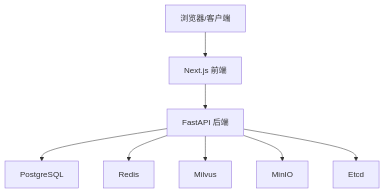
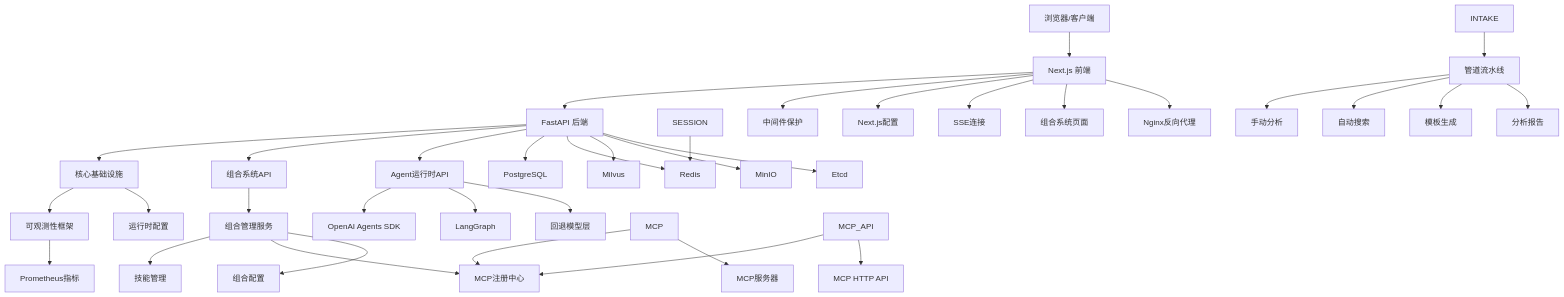
One commit to ghbbn053-ship-itsoulddog/soulddog changed the second of 6 diagrams in .qoder/repowiki/zh/content/开发指南/开发指南.md. Above: the diagram before and after it, drawn with Mermaid. The commit also changed other lines of this file and 119 other files, not shown here.

````diff
--- a/.qoder/repowiki/zh/content/开发指南/开发指南.md
+++ b/.qoder/repowiki/zh/content/开发指南/开发指南.md
@@ -134,10 +299,38 @@
 ```mermaid
 graph TB
 Client["浏览器/客户端"] --> FE["Next.js 前端"]
 FE --> API["FastAPI 后端"]
+API --> CORE["核心基础设施"]
+API --> COMP_API["组合系统API"]
+API --> AGENT_API["Agent运行时API"]
 API --> PG["PostgreSQL"]
 API --> RD["Redis"]
 API --> ML["Milvus"]
 API --> MC["MinIO"]
 API --> ET["Etcd"]
+CORE --> OBS["可观测性框架"]
+CORE --> RUNTIME["运行时配置"]
+COMP_API --> COMP_SRV["组合管理服务"]
+COMP_SRV --> SKILLS["技能管理"]
+COMP_SRV --> MCP_REG["MCP注册中心"]
+COMP_SRV --> COMPOSITION["组合配置"]
+AGENT_API --> OPENAI["OpenAI Agents SDK"]
+AGENT_API --> LANGGRAPH["LangGraph"]
+AGENT_API --> FALLBACK["回退模型层"]
+SESSION --> RD
+FE --> MW["中间件保护"]
+FE --> NC["Next.js配置"]
+FE --> SSE["SSE连接"]
+FE --> COMP["组合系统页面"]
+FE --> NGINX["Nginx反向代理"]
+OBS --> PROM["Prometheus指标"]
+MCP --> MCP_REG
+MCP_API --> MCP_REG
+INTAKE --> PIPE["管道流水线"]
+PIPE --> GI["手动分析"]
+PIPE --> GA["自动搜索"]
+PIPE --> GEN["模板生成"]
+PIPE --> DOC["分析报告"]
+MCP --> MCP_SERVER["MCP服务器"]
+MCP_API --> MCP_HTTP_API["MCP HTTP API"]
 ```
````
